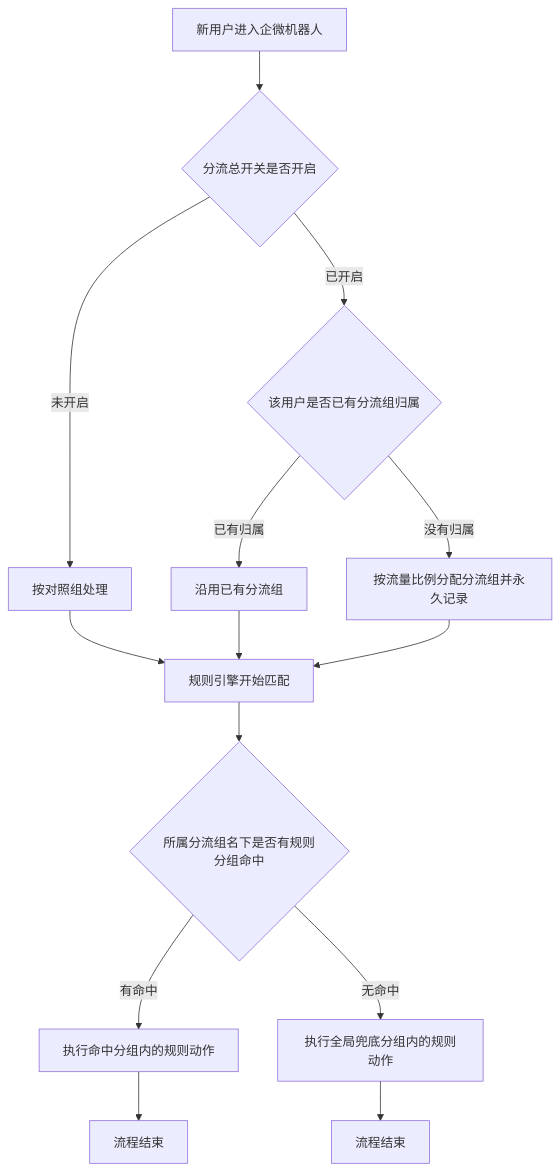
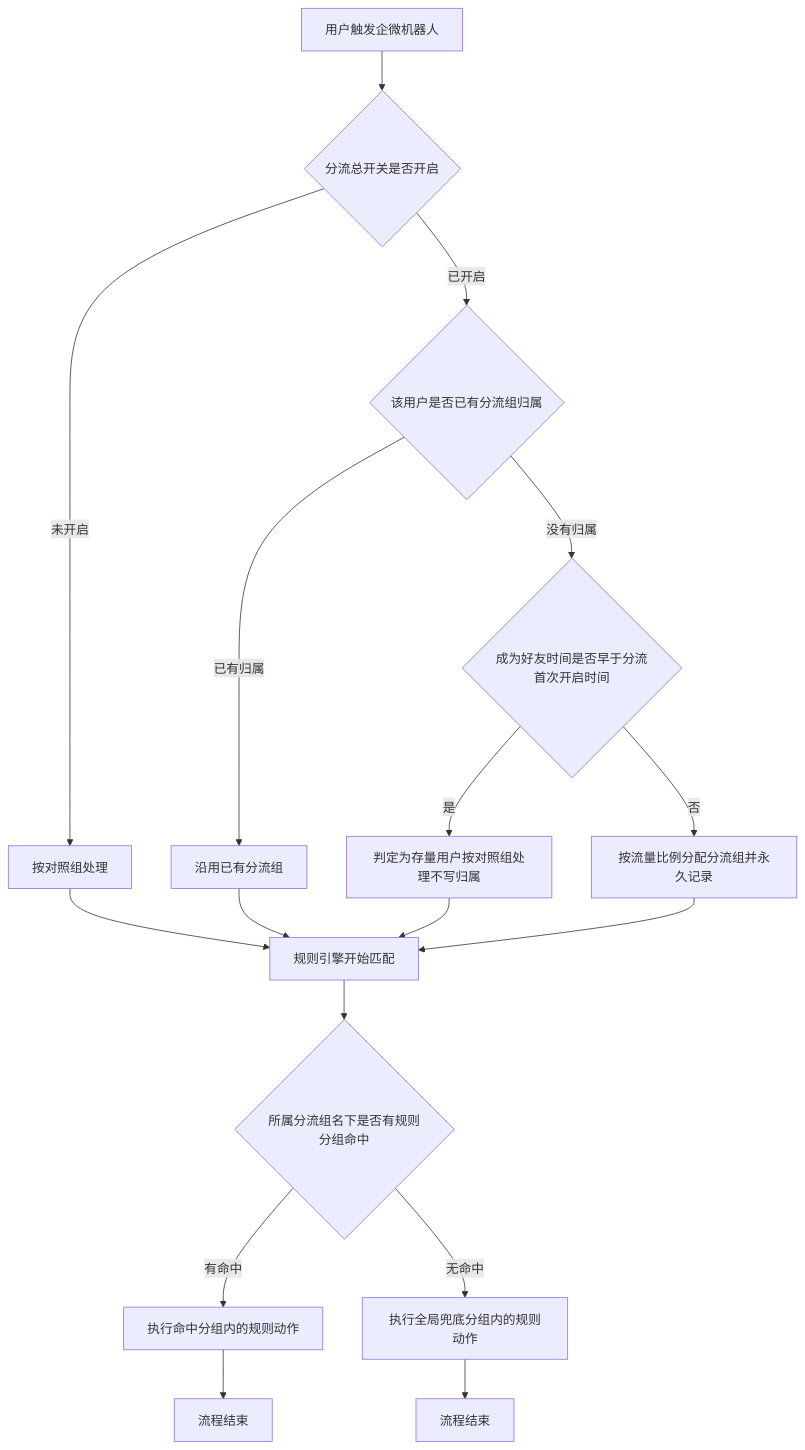
The first of 3 diagrams in 企微机器人用户分流配置/PRD-企微机器人用户分流配置.md (Leo-ai05/prototypes), drawn with Mermaid before and after one commit. The commit also changed other lines of this file and 11 other files, not shown here.

````diff
--- a/企微机器人用户分流配置/PRD-企微机器人用户分流配置.md
+++ b/企微机器人用户分流配置/PRD-企微机器人用户分流配置.md
@@ -81,16 +101,19 @@
 ```mermaid
 flowchart TD
-    A[新用户进入企微机器人] --> B{分流总开关是否开启}
+    A[用户触发企微机器人] --> B{分流总开关是否开启}
     B -->|未开启| C[按对照组处理]
     B -->|已开启| D{该用户是否已有分流组归属}
     D -->|已有归属| E[沿用已有分流组]
-    D -->|没有归属| F[按流量比例分配分流组并永久记录]
-    C --> G[规则引擎开始匹配]
-    E --> G
-    F --> G
-    G --> H{所属分流组名下是否有规则分组命中}
-    H -->|有命中| I[执行命中分组内的规则动作]
-    H -->|无命中| J[执行全局兜底分组内的规则动作]
-    I --> K1[流程结束]
-    J --> K2[流程结束]
+    D -->|没有归属| F{成为好友时间是否早于分流首次开启时间}
+    F -->|是| G[判定为存量用户按对照组处理不写归属]
+    F -->|否| H[按流量比例分配分流组并永久记录]
+    C --> I[规则引擎开始匹配]
+    E --> I
+    G --> I
+    H --> I
+    I --> J{所属分流组名下是否有规则分组命中}
+    J -->|有命中| K[执行命中分组内的规则动作]
+    J -->|无命中| L[执行全局兜底分组内的规则动作]
+    K --> M1[流程结束]
+    L --> M2[流程结束]
 ```
````
